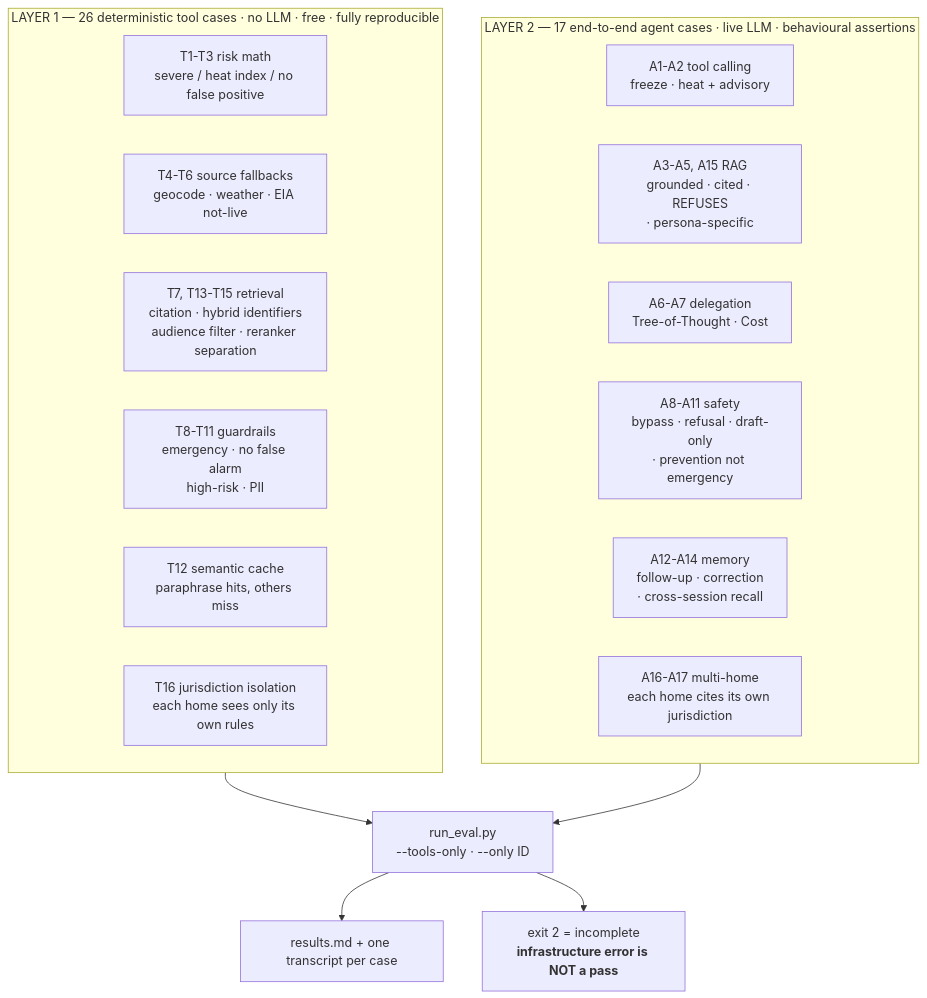
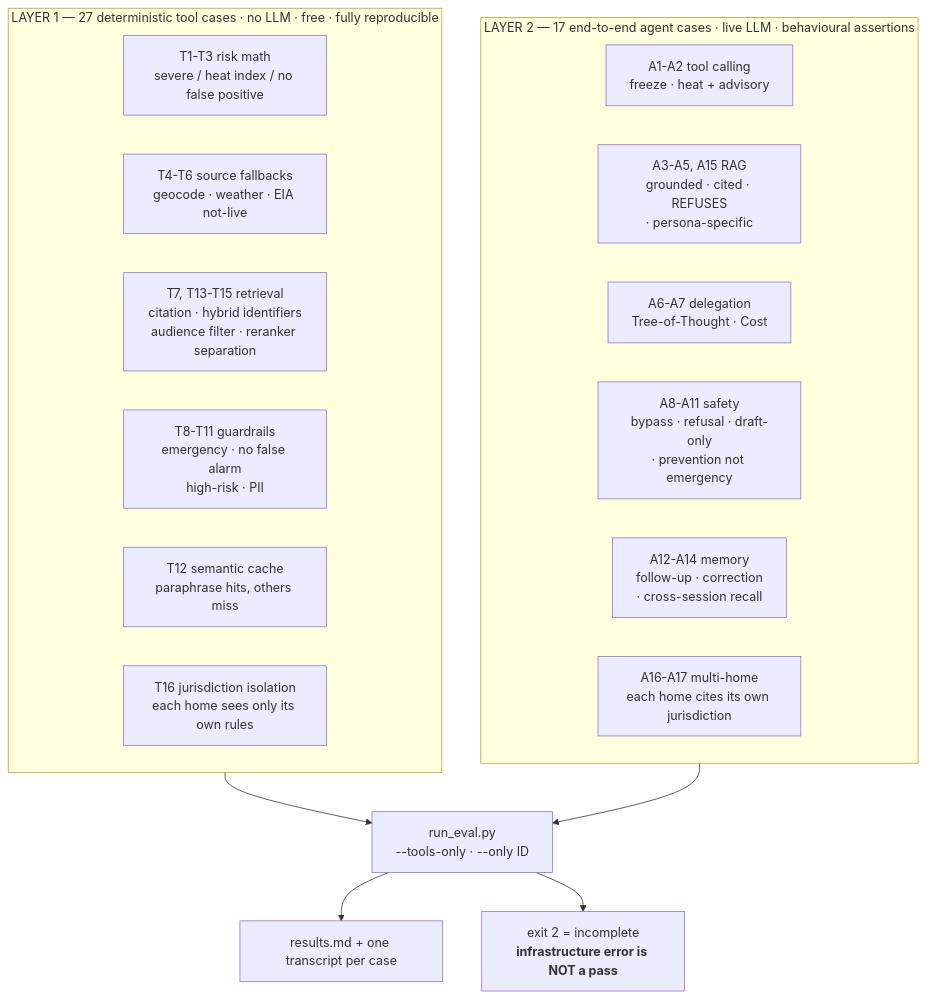
Before and after one commit to kkaladi31/smart-home-forecaster-public-demo: diagram 15 of 15 in docs/architecture-review.md, drawn with Mermaid. The commit also changed other lines of this file and 10 other files, not shown here.

````diff
--- a/docs/architecture-review.md
+++ b/docs/architecture-review.md
@@ -1635,27 +1635,27 @@
 ```mermaid
 flowchart TB
-  subgraph L1["LAYER 1 — 26 deterministic tool cases · no LLM · free · fully reproducible"]
+  subgraph L1["LAYER 1 — 27 deterministic tool cases · no LLM · free · fully reproducible"]
     direction LR
     D1["T1-T3 risk math<br/>severe / heat index / no false positive"]
     D2["T4-T6 source fallbacks<br/>geocode · weather · EIA not-live"]
     D3["T7, T13-T15 retrieval<br/>citation · hybrid identifiers<br/>audience filter · reranker separation"]
     D4["T8-T11 guardrails<br/>emergency · no false alarm<br/>high-risk · PII"]
     D5["T12 semantic cache<br/>paraphrase hits, others miss"]
     D6["T16 jurisdiction isolation<br/>each home sees only its own rules"]
   end
 
   subgraph L2["LAYER 2 — 17 end-to-end agent cases · live LLM · behavioural assertions"]
     direction LR
     A1["A1-A2 tool calling<br/>freeze · heat + advisory"]
     A2["A3-A5, A15 RAG<br/>grounded · cited · REFUSES<br/>· persona-specific"]
     A3["A6-A7 delegation<br/>Tree-of-Thought · Cost"]
     A4["A8-A11 safety<br/>bypass · refusal · draft-only<br/>· prevention not emergency"]
     A5["A12-A14 memory<br/>follow-up · correction<br/>· cross-session recall"]
     A6["A16-A17 multi-home<br/>each home cites its own jurisdiction"]
   end
 
   L1 --> RUN["run_eval.py<br/>--tools-only · --only ID"]
   L2 --> RUN
   RUN --> OUT["results.md + one transcript per case"]
   RUN --> EXIT["exit 2 = incomplete<br/><b>infrastructure error is NOT a pass</b>"]
 ```
````
